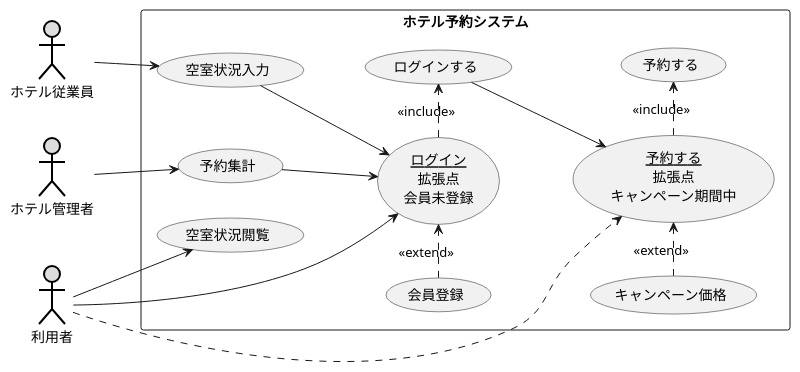
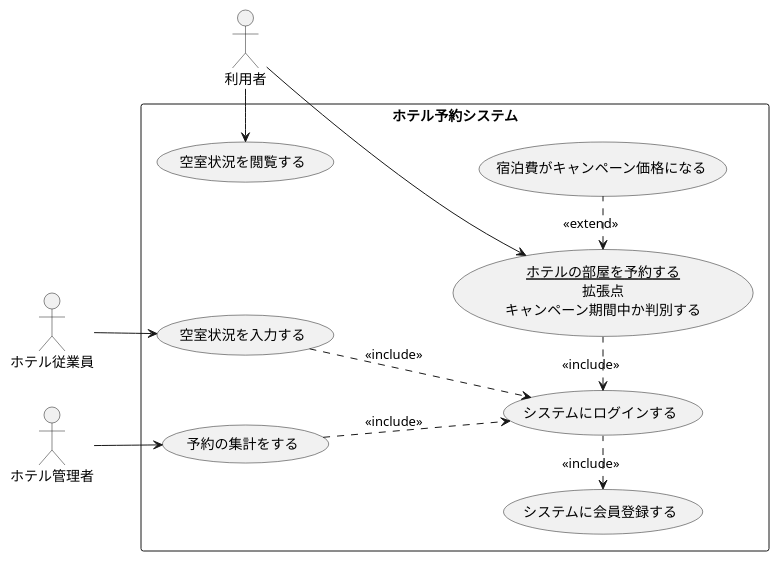
One commit to minowa-s/uml-intro changed the diagram in 演習/演習2-8_UC_ホテル予約システム.pu. Above: the diagram before and after it, drawn with PlantUML.

Commit message:
編集

```diff
--- a/演習/演習2-8_UC_ホテル予約システム.pu
+++ b/演習/演習2-8_UC_ホテル予約システム.pu
@@ -1,32 +1,24 @@
-@startuml ユースケース図
+@startuml ホテル予約システム
 left to right direction
-
-actor 利用者 #DDDDDD;line:black;line.bold;
-actor ホテル従業員#DDDDDD;line:black;line.bold;
-actor ホテル管理者#DDDDDD;line:black;line.bold;
+actor 利用者
+actor ホテル従業員
+actor ホテル管理者
 rectangle ホテル予約システム{
-    usecase ログインする
-    usecase 空室状況閲覧
-    usecase 空室状況入力
-    usecase 会員登録
-    usecase キャンペーン価格
-    usecase 予約集計
-    usecase (<u>予約する</u>\n拡張点\nキャンペーン期間中) as input2
-    usecase (<u>ログイン</u>\n拡張点\n会員未登録) as input
-    usecase 予約する
-  
+usecase 空室状況を閲覧する
+usecase 空室状況を入力する
+usecase 予約の集計をする
+usecase システムにログインする
+usecase システムに会員登録する
+usecase (<u>ホテルの部屋を予約する</u>\n拡張点\nキャンペーン期間中か判別する) as input
+usecase 宿泊費がキャンペーン価格になる
 }
-    (会員登録) .>input :<<extend>>
-    利用者  --> input
-    input .> ログインする : << include >>
-    ログインする -->input2
-    (キャンペーン価格) .>input2 :<<extend>>
-    利用者 .> input2
-    利用者-->空室状況閲覧
-    
-    input2 .>予約する  : << include >>
-    空室状況入力 -->input
-    予約集計 -->input
-    ホテル管理者-->予約集計
-    ホテル従業員 -->空室状況入力
+利用者 -right-> 空室状況を閲覧する
+input <. 宿泊費がキャンペーン価格になる : <<extend>>
+システムにログインする <. input : << include >>
+input <- 利用者
+システムに会員登録する <. システムにログインする : <<include>>
+ホテル従業員 --> 空室状況を入力する
+ホテル管理者 --> 予約の集計をする
+空室状況を入力する ..> システムにログインする : <<include>>
+予約の集計をする ..> システムにログインする : <<include>>
 @enduml
```
